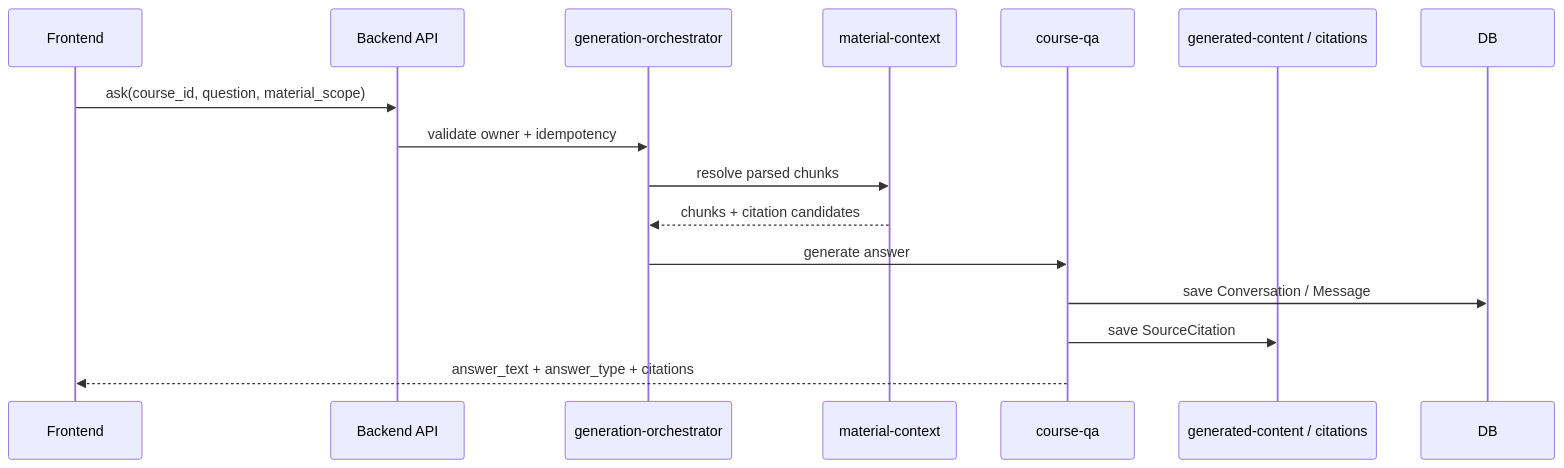
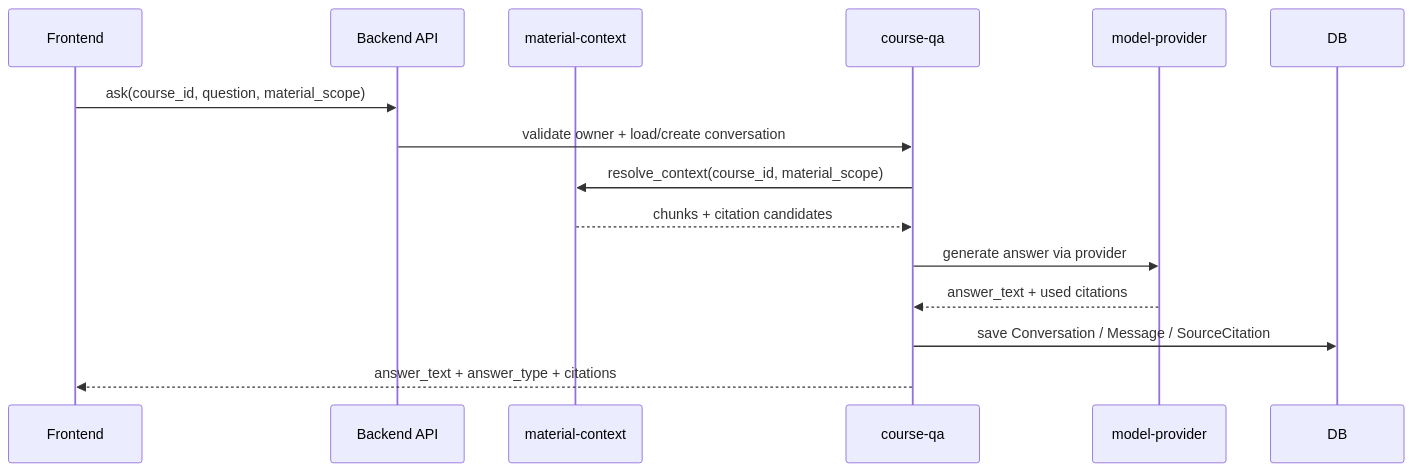
The second of 7 diagrams in docs/architecture/runtime-flows.md (cyruan815/CourseNexus), drawn with Mermaid before and after one commit. The commit also changed other lines of this file and 5 other files, not shown here.

````diff
--- a/docs/architecture/runtime-flows.md
+++ b/docs/architecture/runtime-flows.md
@@ -37,19 +47,18 @@
 ```mermaid
 sequenceDiagram
     participant FE as Frontend
     participant API as Backend API
-    participant O as generation-orchestrator
     participant CTX as material-context
     participant QA as course-qa
-    participant GC as generated-content / citations
+    participant MP as model-provider
     participant DB as DB
 
     FE->>API: ask(course_id, question, material_scope)
-    API->>O: validate owner + idempotency
-    O->>CTX: resolve parsed chunks
-    CTX-->>O: chunks + citation candidates
-    O->>QA: generate answer
-    QA->>DB: save Conversation / Message
-    QA->>GC: save SourceCitation
+    API->>QA: validate owner + load/create conversation
+    QA->>CTX: resolve_context(course_id, material_scope)
+    CTX-->>QA: chunks + citation candidates
+    QA->>MP: generate answer via provider
+    MP-->>QA: answer_text + used citations
+    QA->>DB: save Conversation / Message / SourceCitation
     QA-->>FE: answer_text + answer_type + citations
 ```
````
